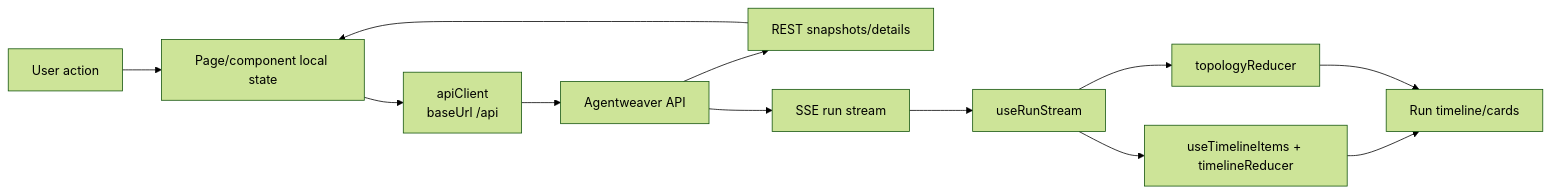
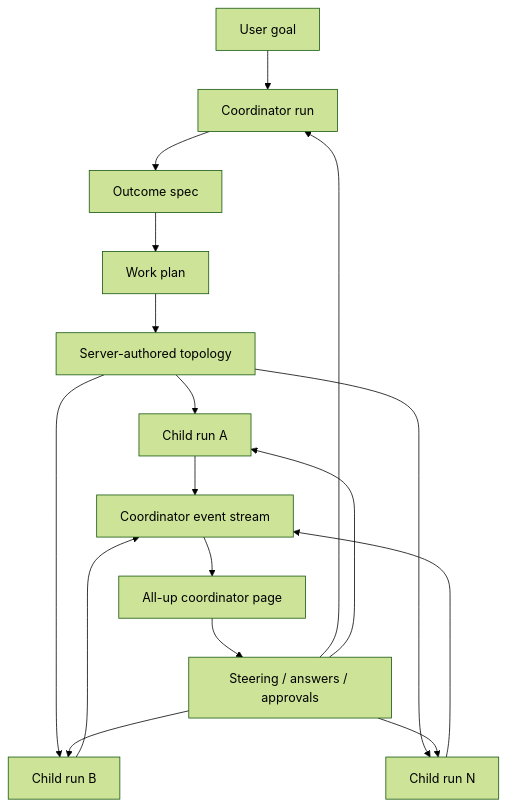
One commit to sabbour/agentweaver changed the seventh of 7 diagrams in docs/deep-dive/frontend.md. Above: the diagram before and after it, drawn with Mermaid (forest theme). The commit also changed other lines of this file and 12 other files, not shown here.

````diff
--- a/docs/deep-dive/frontend.md
+++ b/docs/deep-dive/frontend.md
@@ -136,14 +414,19 @@
 ```mermaid
-flowchart LR
-    User[User action] --> Component[Page/component local state]
-    Component --> Client[apiClient\nbaseUrl /api]
-    Client --> API[Agentweaver API]
-    API --> RestSeed[REST snapshots/details]
-    API --> SSE[SSE run stream]
-    RestSeed --> Component
-    SSE --> RunStream[useRunStream]
-    RunStream --> Timeline[useTimelineItems + timelineReducer]
-    RunStream --> Topology[topologyReducer]
-    Timeline --> UI[Run timeline/cards]
-    Topology --> UI
+flowchart TD
+    Goal[User goal] --> Coord[Coordinator run]
+    Coord --> Spec[Outcome spec]
+    Spec --> Plan[Work plan]
+    Plan --> Topology[Server-authored topology]
+    Topology --> ChildA[Child run A]
+    Topology --> ChildB[Child run B]
+    Topology --> ChildN[Child run N]
+    ChildA --> CoordStream[Coordinator event stream]
+    ChildB --> CoordStream
+    ChildN --> CoordStream
+    CoordStream --> UI[All-up coordinator page]
+    UI --> Steer[Steering / answers / approvals]
+    Steer --> Coord
+    Steer --> ChildA
+    Steer --> ChildB
+    Steer --> ChildN
 ```
````
